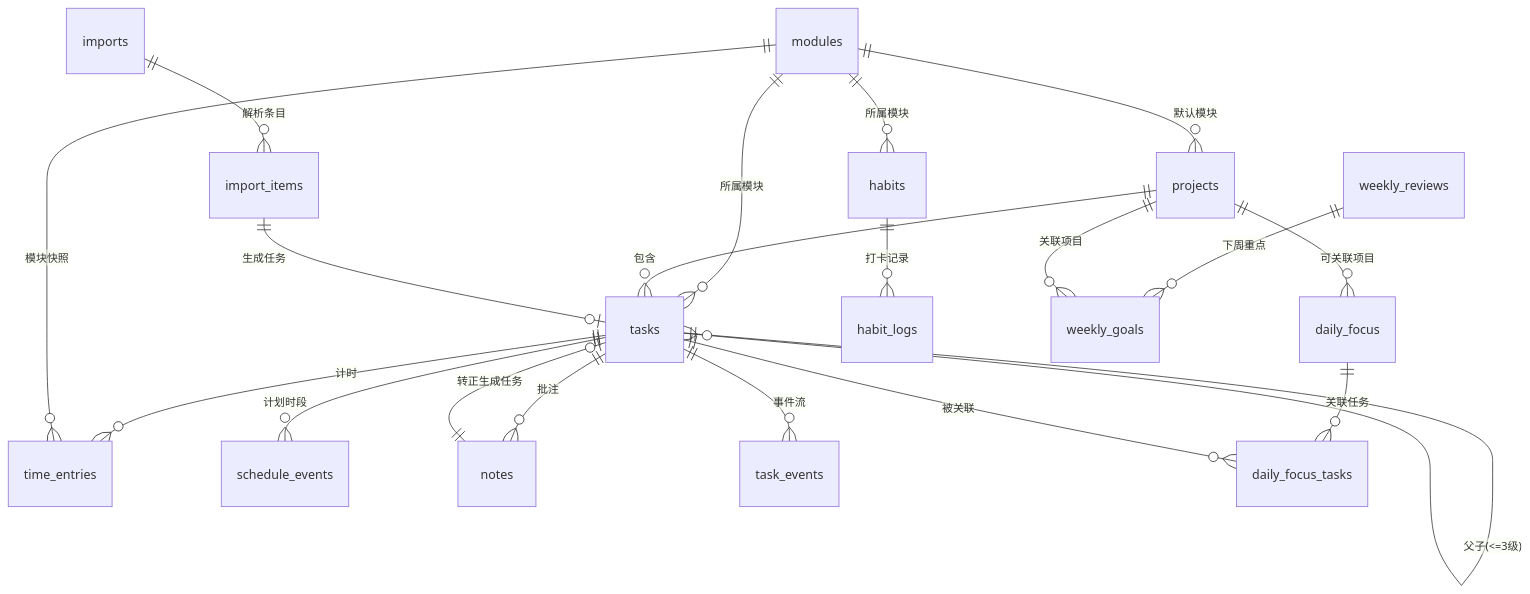
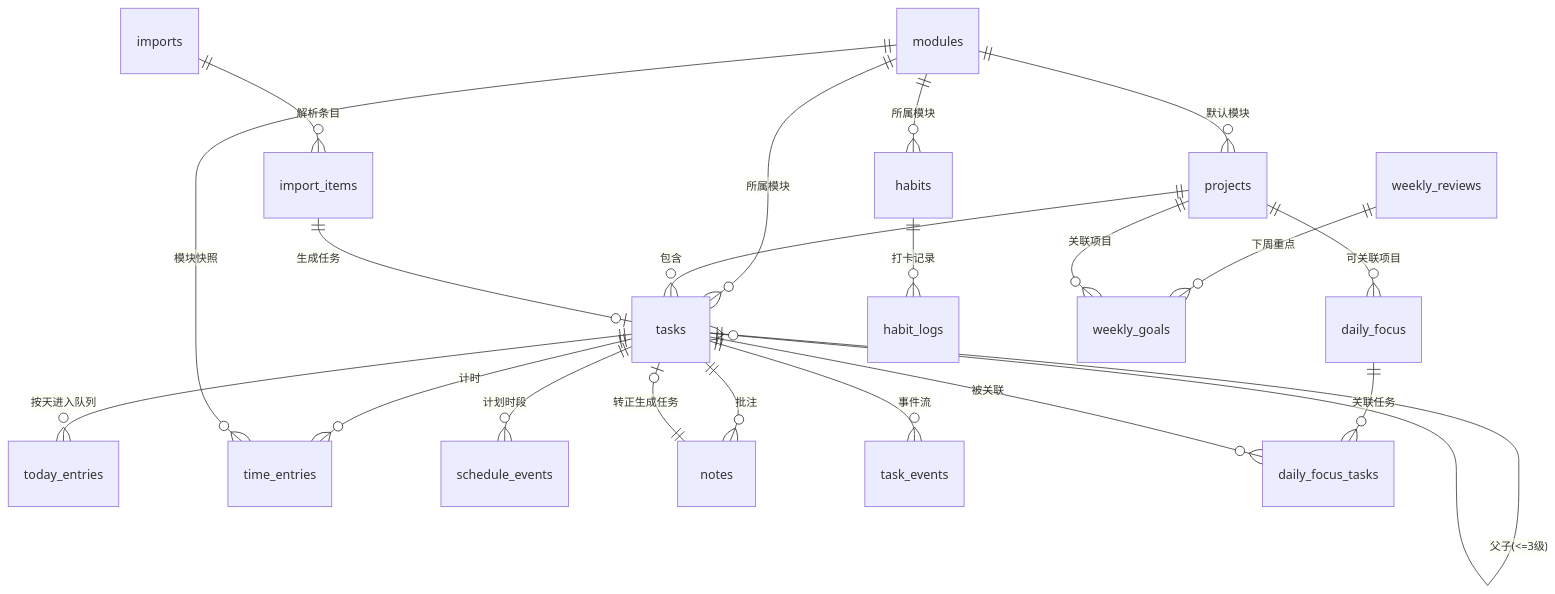
The diagram in docs/data-model.md (KinosJourney/task-flow), drawn with Mermaid before and after one commit. The commit also changed other lines of this file and 65 other files, not shown here.

````diff
--- a/docs/data-model.md
+++ b/docs/data-model.md
@@ -53,22 +63,23 @@
 ```mermaid
 erDiagram
   modules ||--o{ projects : "默认模块"
   modules ||--o{ tasks : "所属模块"
   projects ||--o{ tasks : "包含"
   tasks ||--o{ tasks : "父子(<=3级)"
+  tasks ||--o{ today_entries : "按天进入队列"
   tasks ||--o{ time_entries : "计时"
   modules ||--o{ time_entries : "模块快照"
   tasks ||--o{ schedule_events : "计划时段"
   tasks ||--o{ notes : "批注"
   tasks ||--o{ task_events : "事件流"
   daily_focus ||--o{ daily_focus_tasks : "关联任务"
   tasks ||--o{ daily_focus_tasks : "被关联"
   projects ||--o{ daily_focus : "可关联项目"
   habits ||--o{ habit_logs : "打卡记录"
   modules ||--o{ habits : "所属模块"
   imports ||--o{ import_items : "解析条目"
   import_items ||--o| tasks : "生成任务"
   weekly_reviews ||--o{ weekly_goals : "下周重点"
   projects ||--o{ weekly_goals : "关联项目"
   notes ||--o| tasks : "转正生成任务"
 ```
````
